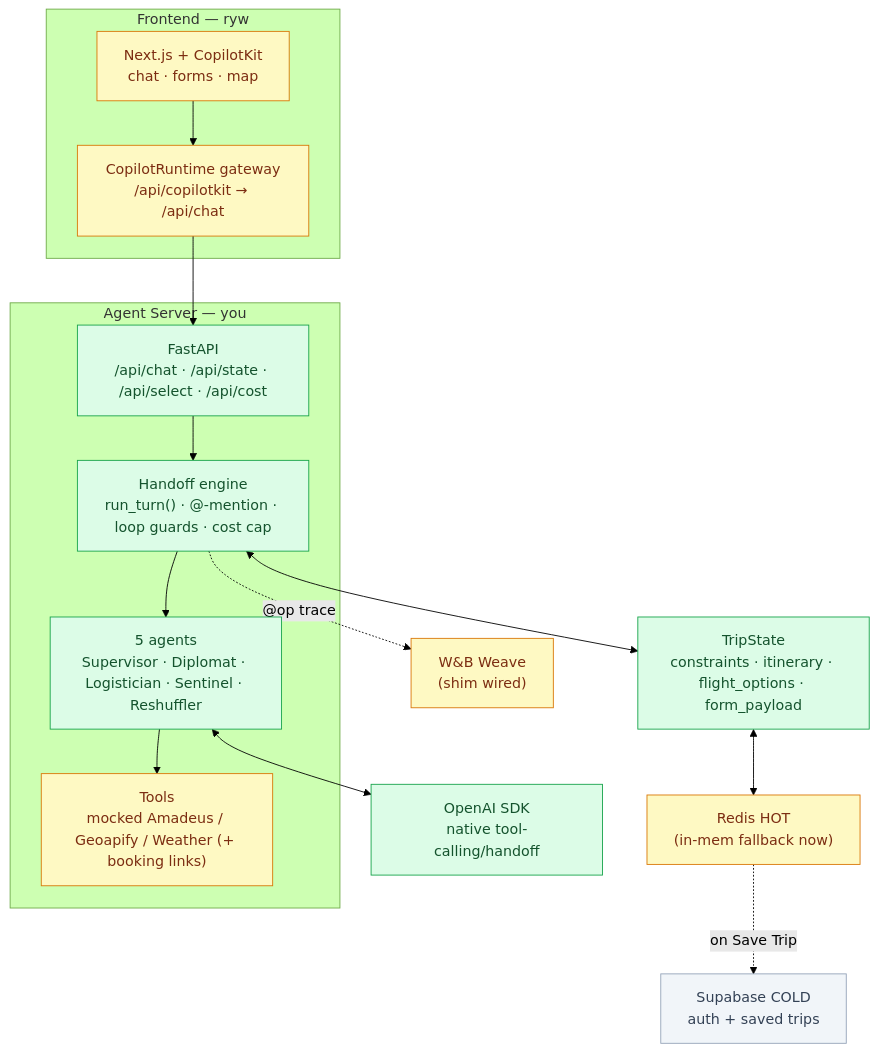
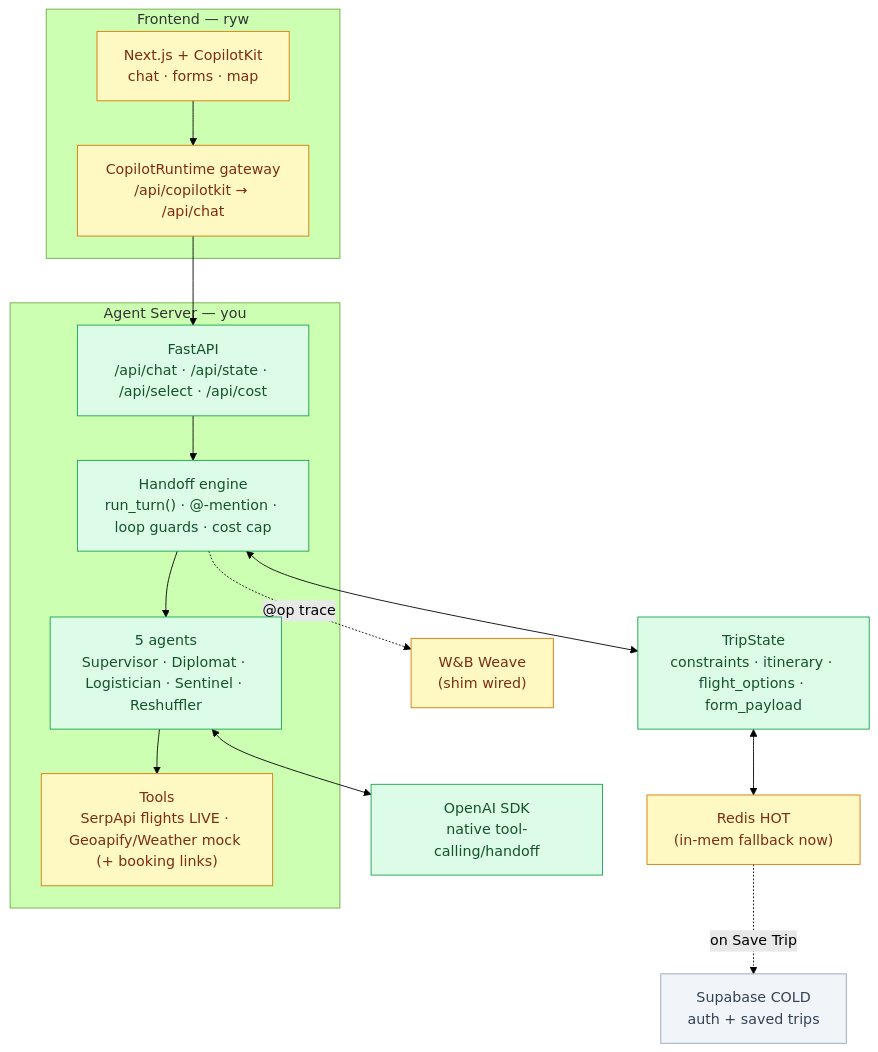
Before and after one commit to zhastdoit/MyTravelCompanion: the first of 3 diagrams in STATUS.md, drawn with Mermaid (forest theme). The commit also changed other lines of this file and 1 other file, not shown here.

Commit message:
Docs: mark SerpApi flights live + frontend running

````diff
--- a/STATUS.md
+++ b/STATUS.md
@@ -31,30 +31,30 @@
 ```mermaid
 flowchart TB
   subgraph FE["Frontend — ryw"]
     UI["Next.js + CopilotKit<br/>chat · forms · map"]:::wip
     GW["CopilotRuntime gateway<br/>/api/copilotkit → /api/chat"]:::wip
   end
   subgraph BE["Agent Server — you"]
     API["FastAPI<br/>/api/chat · /api/state · /api/select · /api/cost"]:::done
     ORCH["Handoff engine<br/>run_turn() · @-mention · loop guards · cost cap"]:::done
     AG["5 agents<br/>Supervisor · Diplomat · Logistician · Sentinel · Reshuffler"]:::done
-    TOOLS["Tools<br/>mocked Amadeus / Geoapify / Weather (+ booking links)"]:::wip
+    TOOLS["Tools<br/>SerpApi flights LIVE · Geoapify/Weather mock (+ booking links)"]:::wip
   end
   STATE["TripState<br/>constraints · itinerary · flight_options · form_payload"]:::done
   REDIS["Redis HOT<br/>(in-mem fallback now)"]:::wip
   SUPA["Supabase COLD<br/>auth + saved trips"]:::todo
   OAI["OpenAI SDK<br/>native tool-calling/handoff"]:::done
   WEAVE["W&B Weave<br/>(shim wired)"]:::wip
 
   UI --> GW --> API
   API --> ORCH --> AG --> TOOLS
   ORCH <--> STATE
   STATE <--> REDIS
   REDIS -. on Save Trip .-> SUPA
   AG <--> OAI
   ORCH -. @op trace .-> WEAVE
 
   classDef done fill:#dcfce7,stroke:#16a34a,color:#14532d;
   classDef wip fill:#fef9c3,stroke:#d97706,color:#7c2d12;
   classDef todo fill:#f1f5f9,stroke:#94a3b8,color:#334155;
 ```
````
